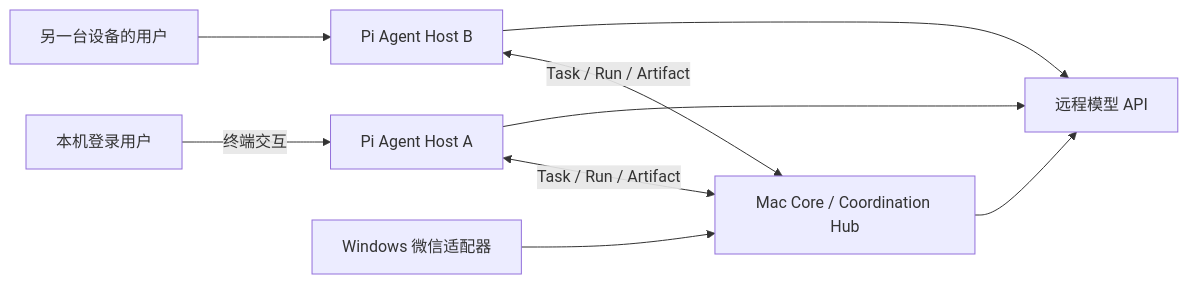
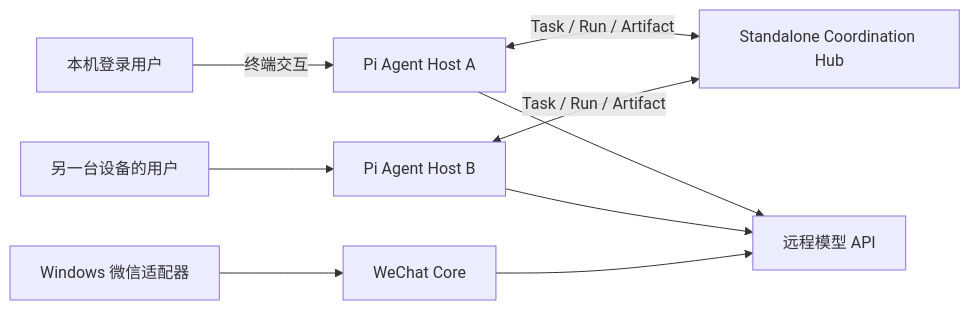
The diagram in docs/agent-platform.md (Fantasia-Infinity/AgentSociety), drawn with Mermaid before and after one commit. The commit also changed other lines of this file and 29 other files, not shown here.

````diff
--- a/docs/agent-platform.md
+++ b/docs/agent-platform.md
@@ -13,11 +14,11 @@
 ```mermaid
 flowchart LR
     U["本机登录用户"] -->|"终端交互"| H1["Pi Agent Host A"]
     U2["另一台设备的用户"] --> H2["Pi Agent Host B"]
-    W["Windows 微信适配器"] --> C["Mac Core / Coordination Hub"]
-    H1 <-->|"Task / Run / Artifact"| C
+    W["Windows 微信适配器"] --> B["WeChat Core"]
+    H1 <-->|"Task / Run / Artifact"| C["Standalone Coordination Hub"]
     H2 <-->|"Task / Run / Artifact"| C
     H1 --> R["远程模型 API"]
     H2 --> R
-    C --> R
+    B --> R
 ```
````
